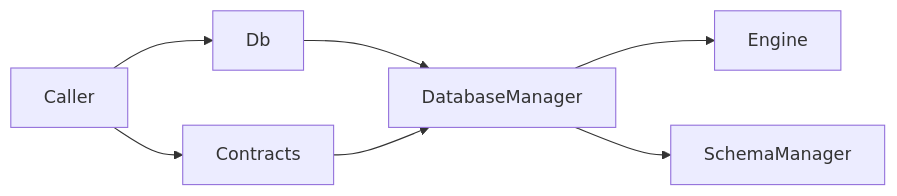
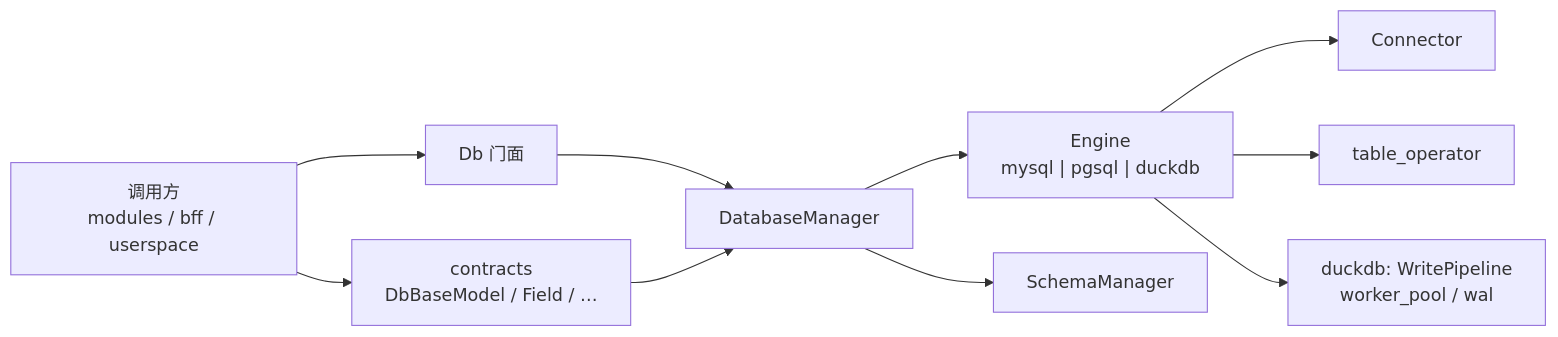
Before and after one commit to garnet1985/new-tea-quant: the diagram in core/infra/db/docs/ARCHITECTURE.md, drawn with Mermaid. The commit also changed other lines of this file and 338 other files, not shown here.

````diff
--- a/core/infra/db/docs/ARCHITECTURE.md
+++ b/core/infra/db/docs/ARCHITECTURE.md
@@ -67,9 +67,12 @@
 ```mermaid
 flowchart LR
-  Caller --> Db
-  Caller --> Contracts
+  Caller["调用方<br/>modules / bff / userspace"] --> Db["Db 门面"]
+  Caller --> Contracts["contracts<br/>DbBaseModel / Field / …"]
   Db --> DatabaseManager
   Contracts --> DatabaseManager
-  DatabaseManager --> Engine
+  DatabaseManager --> Engine["Engine<br/>mysql | pgsql | duckdb"]
   DatabaseManager --> SchemaManager
+  Engine --> Connector
+  Engine --> TableOp["table_operator"]
+  Engine --> DuckExtras["duckdb: WritePipeline<br/>worker_pool / wal"]
 ```
````
